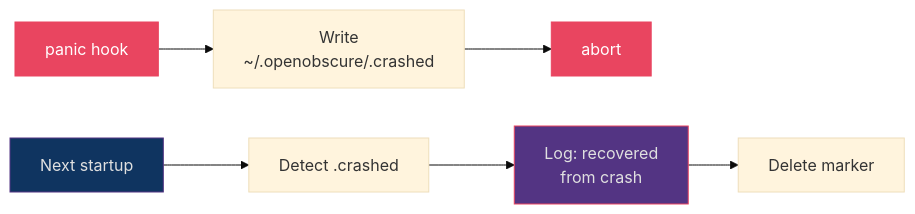
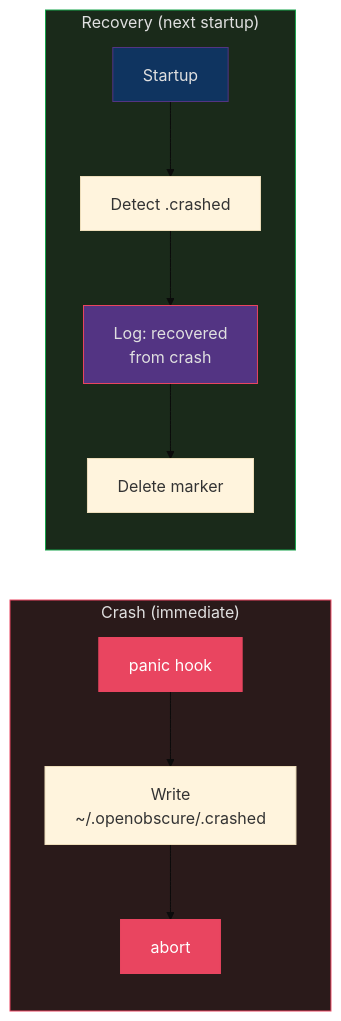
Before and after one commit to OpenObscure/OpenObscure: diagram 12 of 15 in ARCHITECTURE.md, drawn with Mermaid (base theme). The commit also changed other lines of this file and 1 other file, not shown here.

First line of the commit message:
Fix 20 Mermaid diagrams: clarity, accuracy, consistency

````diff
--- a/ARCHITECTURE.md
+++ b/ARCHITECTURE.md
@@ -570,10 +580,16 @@
 ```mermaid
 flowchart LR
-    panic["panic hook"] --> write["Write\n~/.openobscure/.crashed"] --> abort["abort"]
-    restart["Next startup"] --> detect["Detect .crashed"] --> log["Log: recovered\nfrom crash"] --> delete["Delete marker"]
+    subgraph crash ["Crash (immediate)"]
+        panic["panic hook"] --> write["Write\n~/.openobscure/.crashed"] --> abort["abort"]
+    end
+    subgraph recovery ["Recovery (next startup)"]
+        restart["Startup"] --> detect["Detect .crashed"] --> log["Log: recovered\nfrom crash"] --> delete["Delete marker"]
+    end
 
+    style crash fill:#2a1a1a,stroke:#e94560,color:#e0e0e0
+    style recovery fill:#1a2a1a,stroke:#16a34a,color:#e0e0e0
     style panic fill:#e94560,stroke:#e94560,color:#fff
     style abort fill:#e94560,stroke:#e94560,color:#fff
     style restart fill:#0f3460,stroke:#533483,color:#e0e0e0
     style log fill:#533483,stroke:#e94560,color:#e0e0e0
 ```
````
